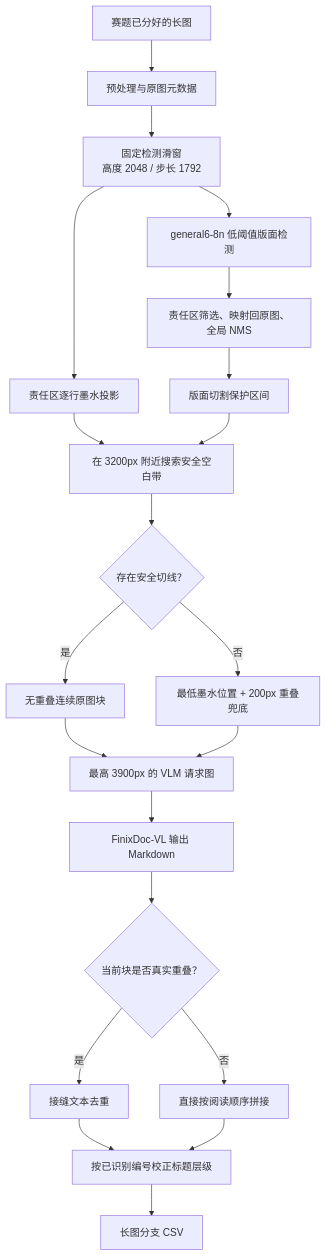
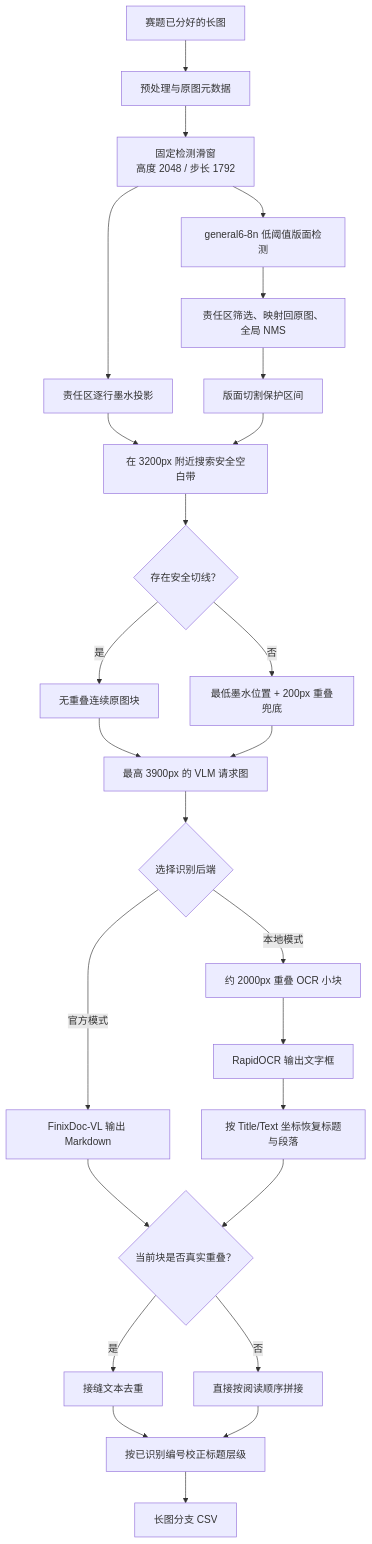
The diagram in afac_pipeline/long/README.md (AAAXXS-0/CAFA6202), drawn with Mermaid before and after one commit. The commit also changed other lines of this file and 14 other files, not shown here.

````diff
--- a/afac_pipeline/long/README.md
+++ b/afac_pipeline/long/README.md
@@ -5,23 +5,28 @@
 ```mermaid
 flowchart TD
     A["赛题已分好的长图"] --> B["预处理与原图元数据"]
     B --> C["固定检测滑窗<br/>高度 2048 / 步长 1792"]
     C --> D["general6-8n 低阈值版面检测"]
     D --> E["责任区筛选、映射回原图、全局 NMS"]
     C --> F["责任区逐行墨水投影"]
     E --> G["版面切割保护区间"]
     F --> H["在 3200px 附近搜索安全空白带"]
     G --> H
     H --> I{"存在安全切线？"}
     I -- "是" --> J["无重叠连续原图块"]
     I -- "否" --> K["最低墨水位置 + 200px 重叠兜底"]
     J --> L["最高 3900px 的 VLM 请求图"]
     K --> L
-    L --> M["FinixDoc-VL 输出 Markdown"]
-    M --> N{"当前块是否真实重叠？"}
+    L --> M{"选择识别后端"}
+    M -- "官方模式" --> V["FinixDoc-VL 输出 Markdown"]
+    M -- "本地模式" --> S["约 2000px 重叠 OCR 小块"]
+    S --> T["RapidOCR 输出文字框"]
+    T --> U["按 Title/Text 坐标恢复标题与段落"]
+    V --> N{"当前块是否真实重叠？"}
+    U --> N
     N -- "是" --> O["接缝文本去重"]
     N -- "否" --> P["直接按阅读顺序拼接"]
     O --> Q["按已识别编号校正标题层级"]
     P --> Q
     Q --> R["长图分支 CSV"]
 ```
````
